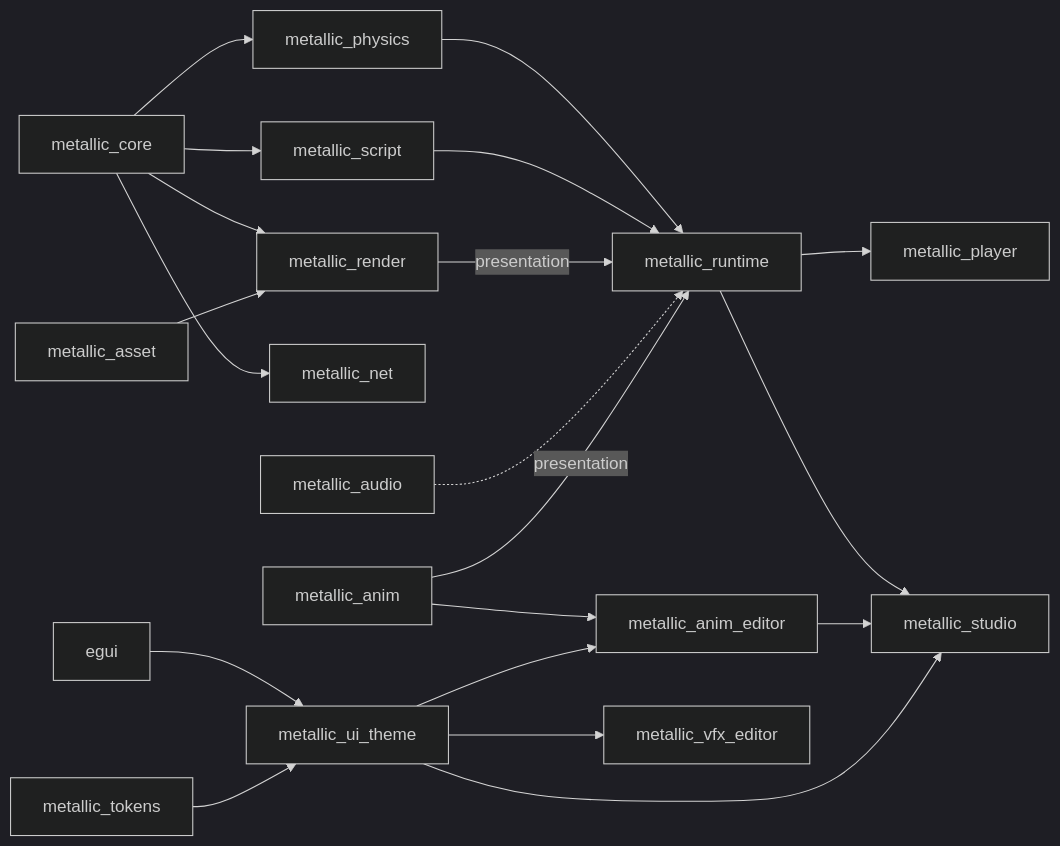
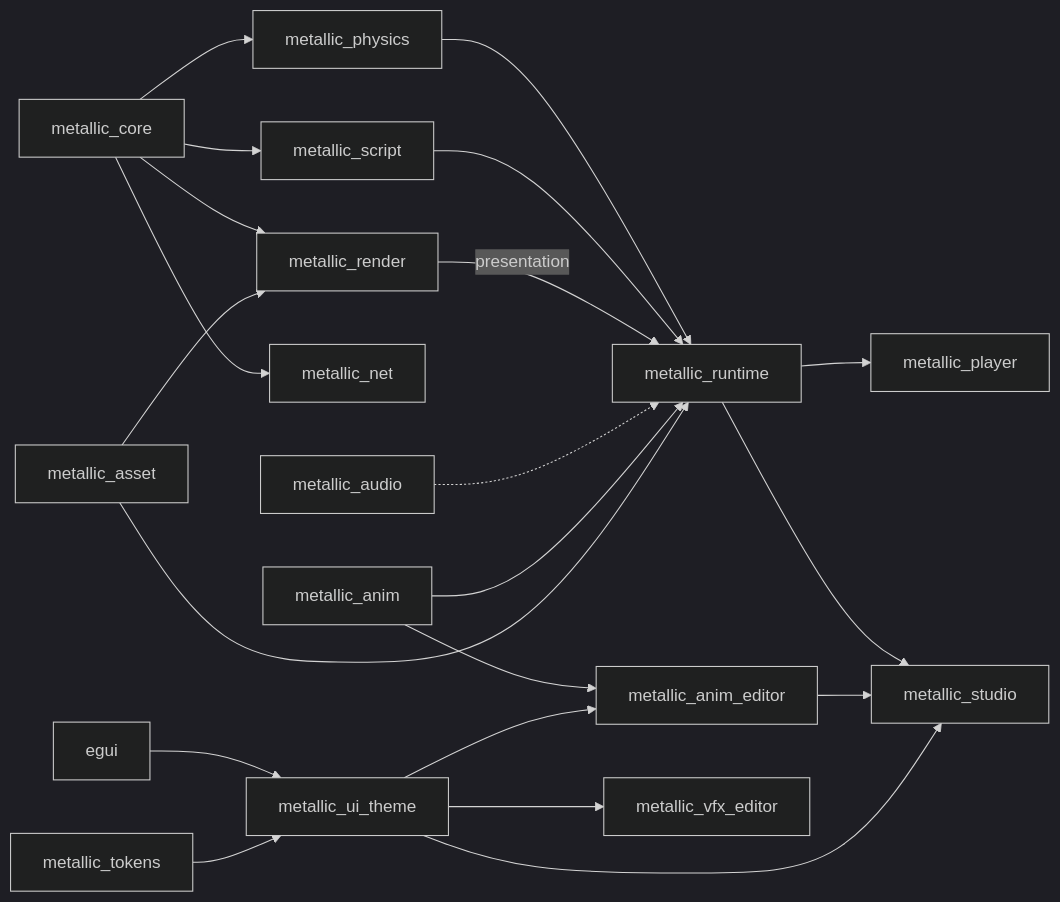
One commit to Metallic-Club/studio changed the diagram in ARCHITECTURE.md. Above: the diagram before and after it, drawn with Mermaid (dark theme). The commit also changed other lines of this file and 1 other file, not shown here.

````diff
--- a/ARCHITECTURE.md
+++ b/ARCHITECTURE.md
@@ -6,22 +6,23 @@
 ```mermaid
 graph LR
   core[metallic_core] --> physics[metallic_physics]
   core --> script[metallic_script]
   core --> render[metallic_render]
   core --> net[metallic_net]
   asset[metallic_asset] --> render
   physics --> runtime[metallic_runtime]
   script --> runtime
   render -- presentation --> runtime
   audio[metallic_audio] -.-> runtime
   runtime --> player[metallic_player]
   runtime --> studio[metallic_studio]
-  anim[metallic_anim] -- presentation --> runtime
+  anim[metallic_anim] --> runtime
+  asset --> runtime
   anim --> animed[metallic_anim_editor]
   animed --> studio
   egui[egui] --> uitheme[metallic_ui_theme]
   tokens[metallic_tokens] --> uitheme
   uitheme --> studio
   uitheme --> animed
   uitheme --> vfxed[metallic_vfx_editor]
 ```
````
